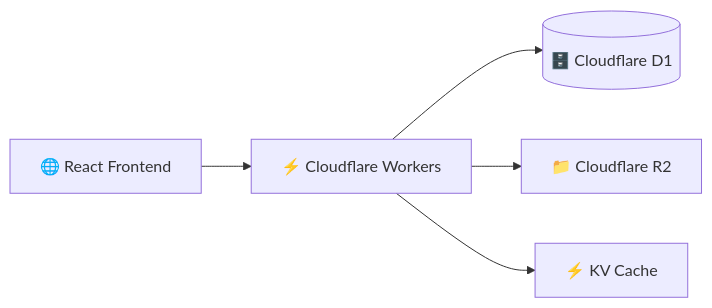
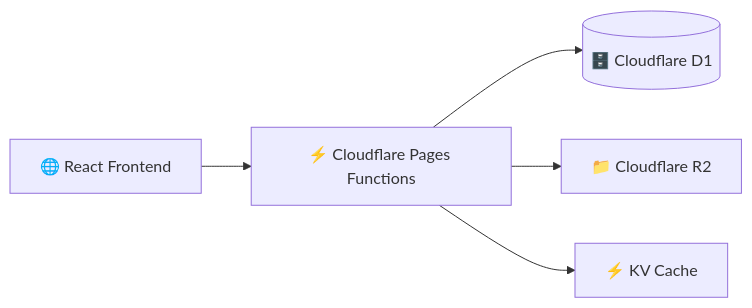
Before and after one commit to viabdillah/simkemas: the first of 2 diagrams in README.md, drawn with Mermaid. The commit also changed other lines of this file, not shown here.

Commit message:
docs: fix banner animasi dan render mermaid diagram

````diff
--- a/README.md
+++ b/README.md
@@ -141,21 +120,14 @@
 ```mermaid
 flowchart LR
 
 Client["🌐 React Frontend"]
-
-API["⚡ Cloudflare Workers"]
-
+API["⚡ Cloudflare Pages Functions"]
 DB[("🗄️ Cloudflare D1")]
-
 R2["📁 Cloudflare R2"]
-
 KV["⚡ KV Cache"]
 
 Client --> API
-
 API --> DB
-
 API --> R2
-
 API --> KV
 ```
````
